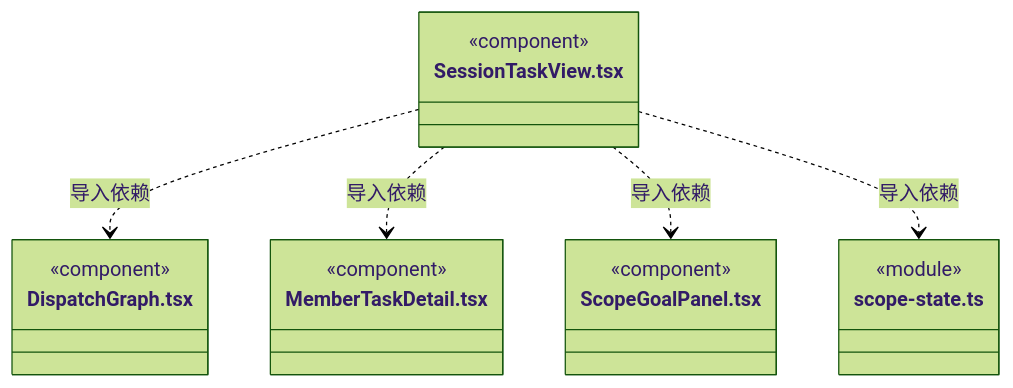
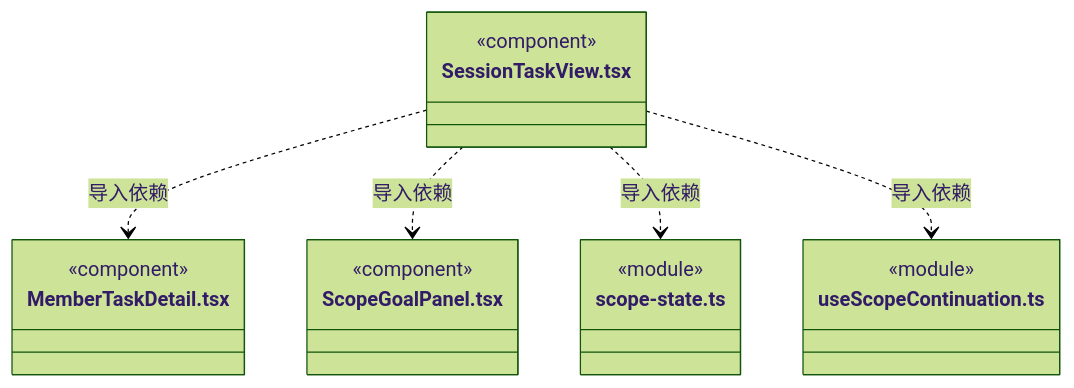
Before and after one commit to nan023062/cbim: diagram 35 of 38 in src/frontend/tasks/ARCHITECTURE.md, drawn with Mermaid (forest theme). The commit also changed other lines of this file and 60 other files, not shown here.

````diff
--- a/src/frontend/tasks/ARCHITECTURE.md
+++ b/src/frontend/tasks/ARCHITECTURE.md
@@ -509,22 +713,22 @@
 ```mermaid
 classDiagram
 class N_src_frontend_tasks_SessionTaskView_tsx["SessionTaskView.tsx"] {
-  <<component>>
-}
-class N_src_frontend_tasks_DispatchGraph_tsx["DispatchGraph.tsx"] {
   <<component>>
 }
 class N_src_frontend_tasks_MemberTaskDetail_tsx["MemberTaskDetail.tsx"] {
   <<component>>
 }
 class N_src_frontend_tasks_ScopeGoalPanel_tsx["ScopeGoalPanel.tsx"] {
   <<component>>
 }
 class N_src_frontend_tasks_scope_state_ts["scope-state.ts"] {
   <<module>>
 }
-N_src_frontend_tasks_SessionTaskView_tsx ..> N_src_frontend_tasks_DispatchGraph_tsx : 导入依赖
+class N_src_frontend_tasks_useScopeContinuation_ts["useScopeContinuation.ts"] {
+  <<module>>
+}
 N_src_frontend_tasks_SessionTaskView_tsx ..> N_src_frontend_tasks_MemberTaskDetail_tsx : 导入依赖
 N_src_frontend_tasks_SessionTaskView_tsx ..> N_src_frontend_tasks_ScopeGoalPanel_tsx : 导入依赖
 N_src_frontend_tasks_SessionTaskView_tsx ..> N_src_frontend_tasks_scope_state_ts : 导入依赖
+N_src_frontend_tasks_SessionTaskView_tsx ..> N_src_frontend_tasks_useScopeContinuation_ts : 导入依赖
 ```
````
